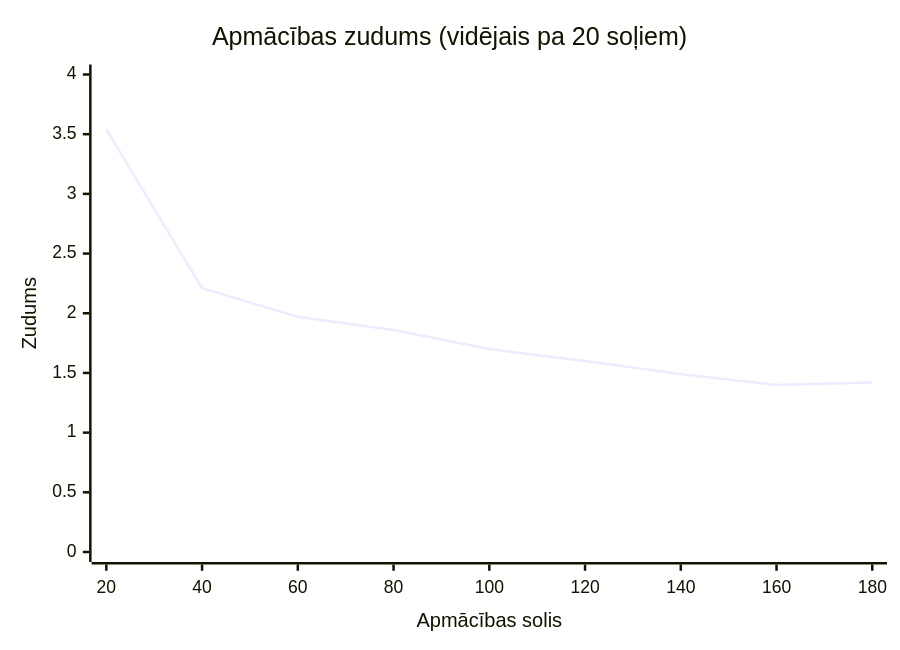
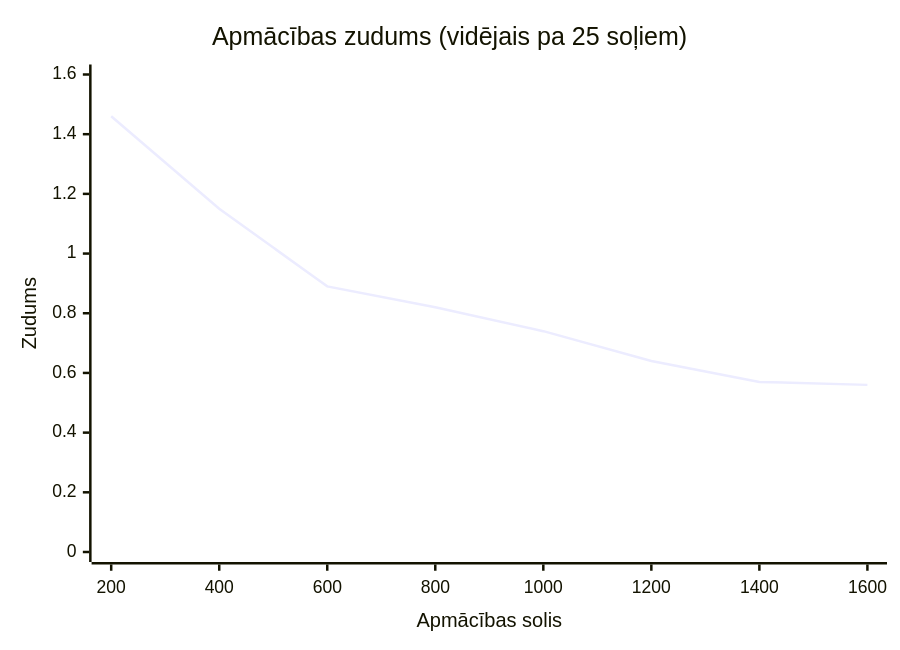
Before and after one commit to Sweeeeeeeee/zpd: the second of 2 diagrams in docs/rezultati.md, drawn with Mermaid. The commit also changed other lines of this file and 13 other files, not shown here.

````diff
--- a/docs/rezultati.md
+++ b/docs/rezultati.md
@@ -92,7 +103,7 @@
 ```mermaid
 xychart-beta
-    title "Apmācības zudums (vidējais pa 20 soļiem)"
-    x-axis "Apmācības solis" [20, 40, 60, 80, 100, 120, 140, 160, 180]
-    y-axis "Zudums" 0 --> 4
-    line [3.54, 2.21, 1.97, 1.86, 1.70, 1.60, 1.49, 1.40, 1.42]
+    title "Apmācības zudums (vidējais pa 25 soļiem)"
+    x-axis "Apmācības solis" [200, 400, 600, 800, 1000, 1200, 1400, 1600]
+    y-axis "Zudums" 0 --> 1.6
+    line [1.46, 1.15, 0.89, 0.82, 0.74, 0.64, 0.57, 0.56]
 ```
````
